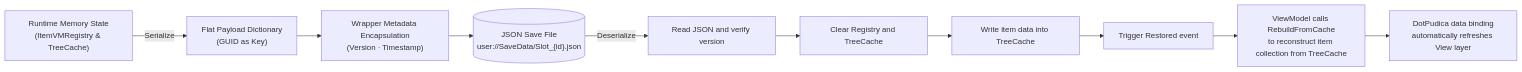
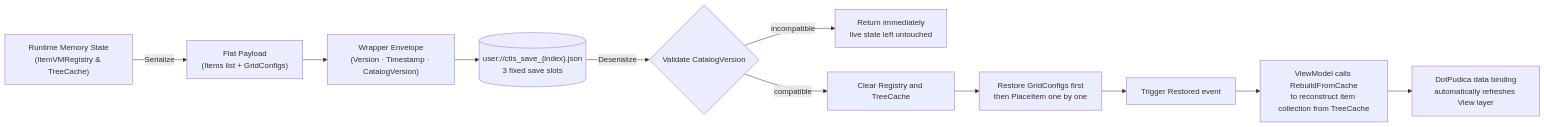
One commit to Cholopol/Cholopol-Tetris-Inventory-System changed diagram 12 of 13 in README.md. Above: the diagram before and after it, drawn with Mermaid. The commit also changed other lines of this file and 4 other files, not shown here.

````diff
--- a/README.md
+++ b/README.md
@@ -449,13 +541,14 @@
 ```mermaid
 flowchart LR
-  RuntimeState["Runtime Memory State<br/>(ItemVMRegistry & TreeCache)"] -->|Serialize| DTO["Flat Payload Dictionary<br/>(GUID as Key)"]
-  DTO --> Wrap["Wrapper Metadata Encapsulation<br/>(Version · Timestamp)"]
-  Wrap --> SaveFile[("JSON Save File<br/>user://SaveData/Slot_{id}.json")]
+  RuntimeState["Runtime Memory State<br/>(ItemVMRegistry & TreeCache)"] -->|Serialize| DTO["Flat Payload<br/>(Items list + GridConfigs)"]
+  DTO --> Wrap["Wrapper Envelope<br/>(Version · Timestamp · CatalogVersion)"]
+  Wrap --> SaveFile[("user://ctis_save_{index}.json<br/>3 fixed save slots")]
 
-  SaveFile -->|Deserialize| Unpack["Read JSON and verify version"]
-  Unpack --> Clear["Clear Registry and TreeCache"]
-  Clear --> Apply["Write item data into TreeCache"]
+  SaveFile -->|Deserialize| Check{"Validate CatalogVersion"}
+  Check -->|"incompatible"| Abort["Return immediately<br/>live state left untouched"]
+  Check -->|"compatible"| Clear["Clear Registry and TreeCache"]
+  Clear --> Apply["Restore GridConfigs first<br/>then PlaceItem one by one"]
   Apply --> Notify["Trigger Restored event"]
   Notify --> VM["ViewModel calls RebuildFromCache<br/>to reconstruct item collection from TreeCache"]
   VM --> View["DotPudica data binding<br/>automatically refreshes View layer"]
 ```
````
